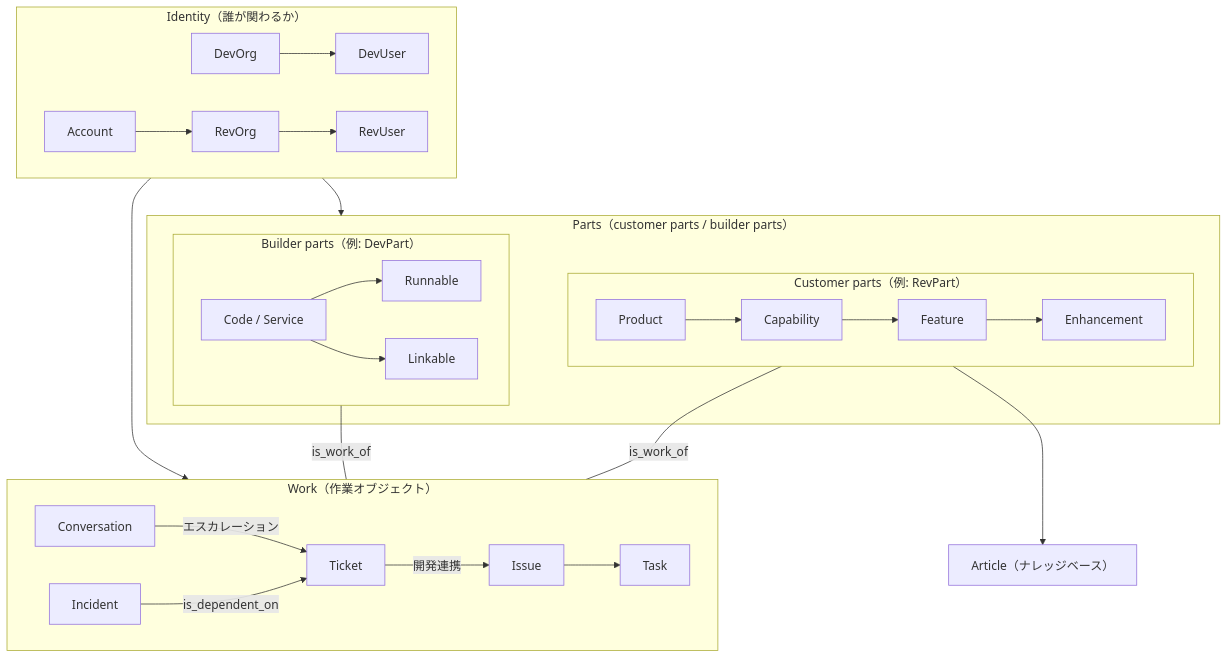
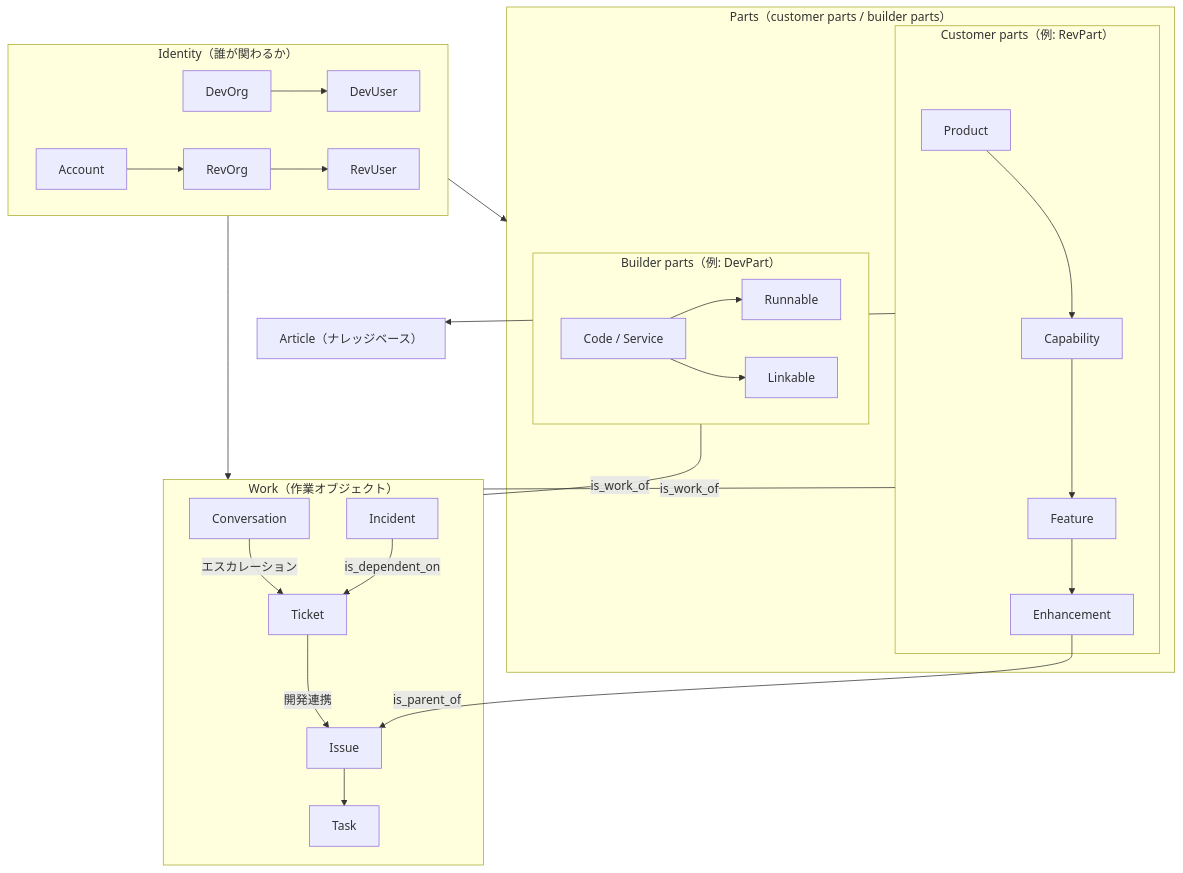
One commit to takanorisuzuki/devrev-guide changed the diagram in docs/ja/architecture.md. Above: the diagram before and after it, drawn with Mermaid. The commit also changed other lines of this file and 1 other file, not shown here.

First line of the commit message:
docs(architecture): Geminiレビュー対応 — is_work_ofにEnhancementを明記、Enhancement→Issueを図・表に追加

````diff
--- a/docs/ja/architecture.md
+++ b/docs/ja/architecture.md
@@ -14,31 +14,33 @@
 ```mermaid
 graph TB
     subgraph Identity["Identity（誰が関わるか）"]
         DevOrg --> DevUser
         Account --> RevOrg --> RevUser
     end
 
     subgraph Parts["Parts（customer parts / builder parts）"]
         subgraph CustomerParts["Customer parts（例: RevPart）"]
             Product --> Capability --> Feature
             Feature --> Enhancement
         end
         subgraph BuilderParts["Builder parts（例: DevPart）"]
             CodeService["Code / Service"] --> Runnable
             CodeService --> Linkable
         end
     end
 
     subgraph Work["Work（作業オブジェクト）"]
         Conversation -->|エスカレーション| Ticket
         Ticket -->|開発連携| Issue
         Issue --> Task
         Incident -->|is_dependent_on| Ticket
     end
 
+    Enhancement -->|is_parent_of| Issue
+
     CustomerParts ---|is_work_of| Work
     BuilderParts ---|is_work_of| Work
     CustomerParts --> Article["Article（ナレッジベース）"]
     Identity --> Parts
     Identity --> Work
 ```
````
